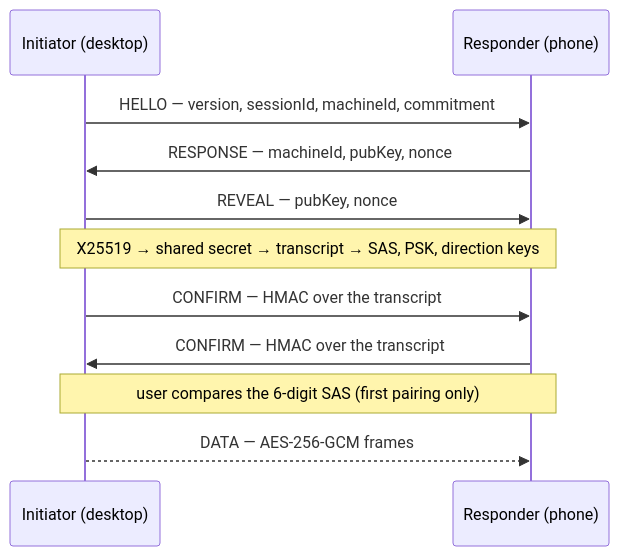
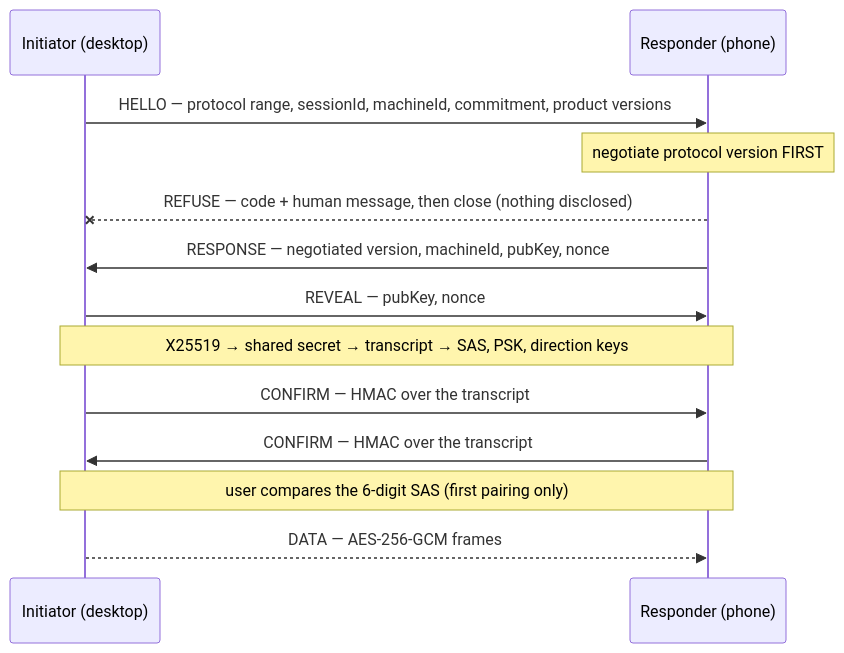
One commit to PetePeter/helm changed the diagram in docs/mobile-secure-channel.md. Above: the diagram before and after it, drawn with Mermaid. The commit also changed other lines of this file and 7 other files, not shown here.

First line of the commit message:
feat(mobile): protocol version negotiation gate for the phone link

````diff
--- a/docs/mobile-secure-channel.md
+++ b/docs/mobile-secure-channel.md
@@ -17,13 +18,15 @@
 ```mermaid
 sequenceDiagram
     participant I as Initiator (desktop)
     participant R as Responder (phone)
-    I->>R: HELLO — version, sessionId, machineId, commitment
-    R->>I: RESPONSE — machineId, pubKey, nonce
+    I->>R: HELLO — protocol range, sessionId, machineId, commitment, product versions
+    Note over R: negotiate protocol version FIRST
+    R--xI: REFUSE — code + human message, then close (nothing disclosed)
+    R->>I: RESPONSE — negotiated version, machineId, pubKey, nonce
     I->>R: REVEAL — pubKey, nonce
     Note over I,R: X25519 → shared secret → transcript → SAS, PSK, direction keys
     I->>R: CONFIRM — HMAC over the transcript
     R->>I: CONFIRM — HMAC over the transcript
     Note over I,R: user compares the 6-digit SAS (first pairing only)
     I-->>R: DATA — AES-256-GCM frames
 ```
````
